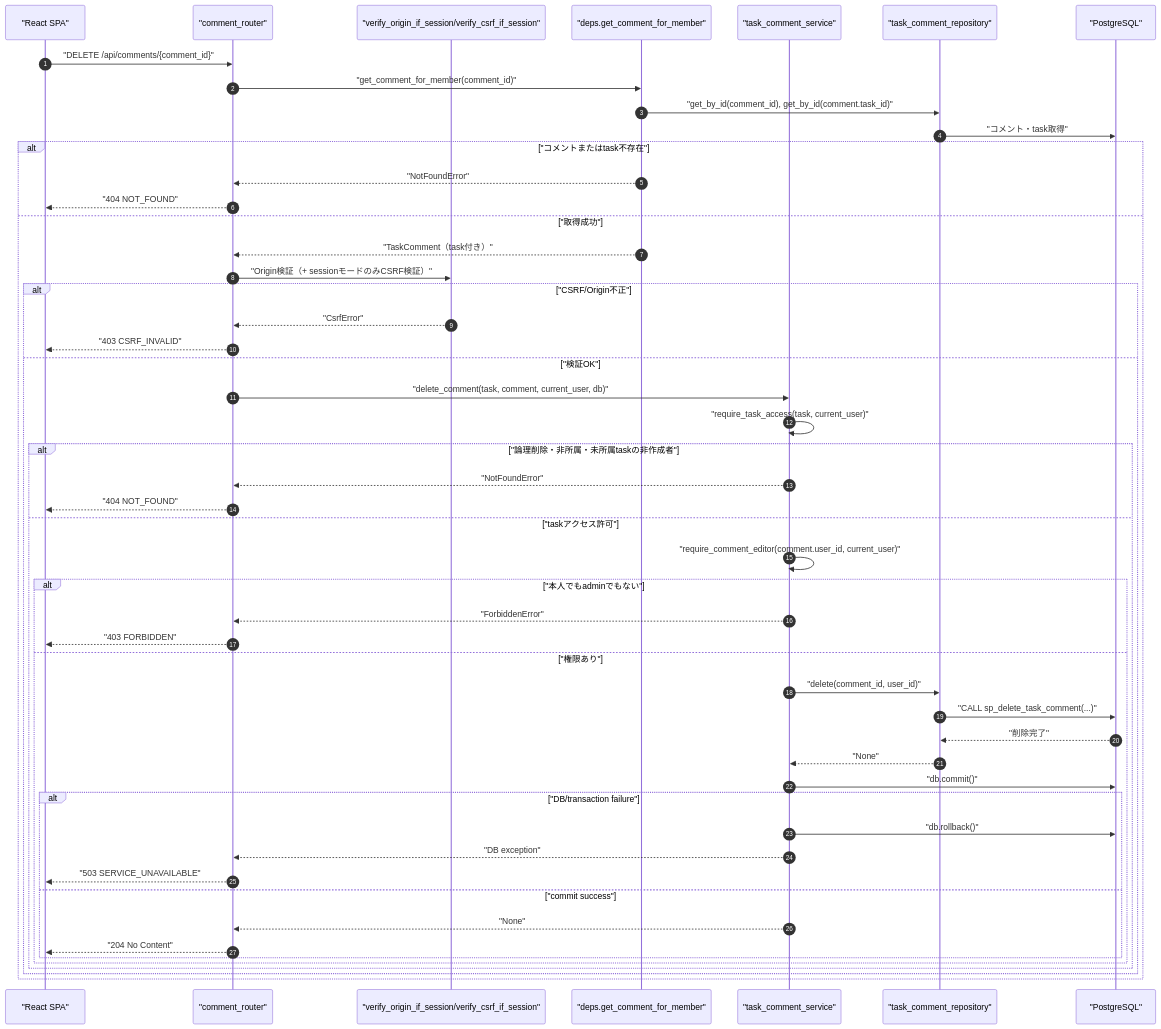
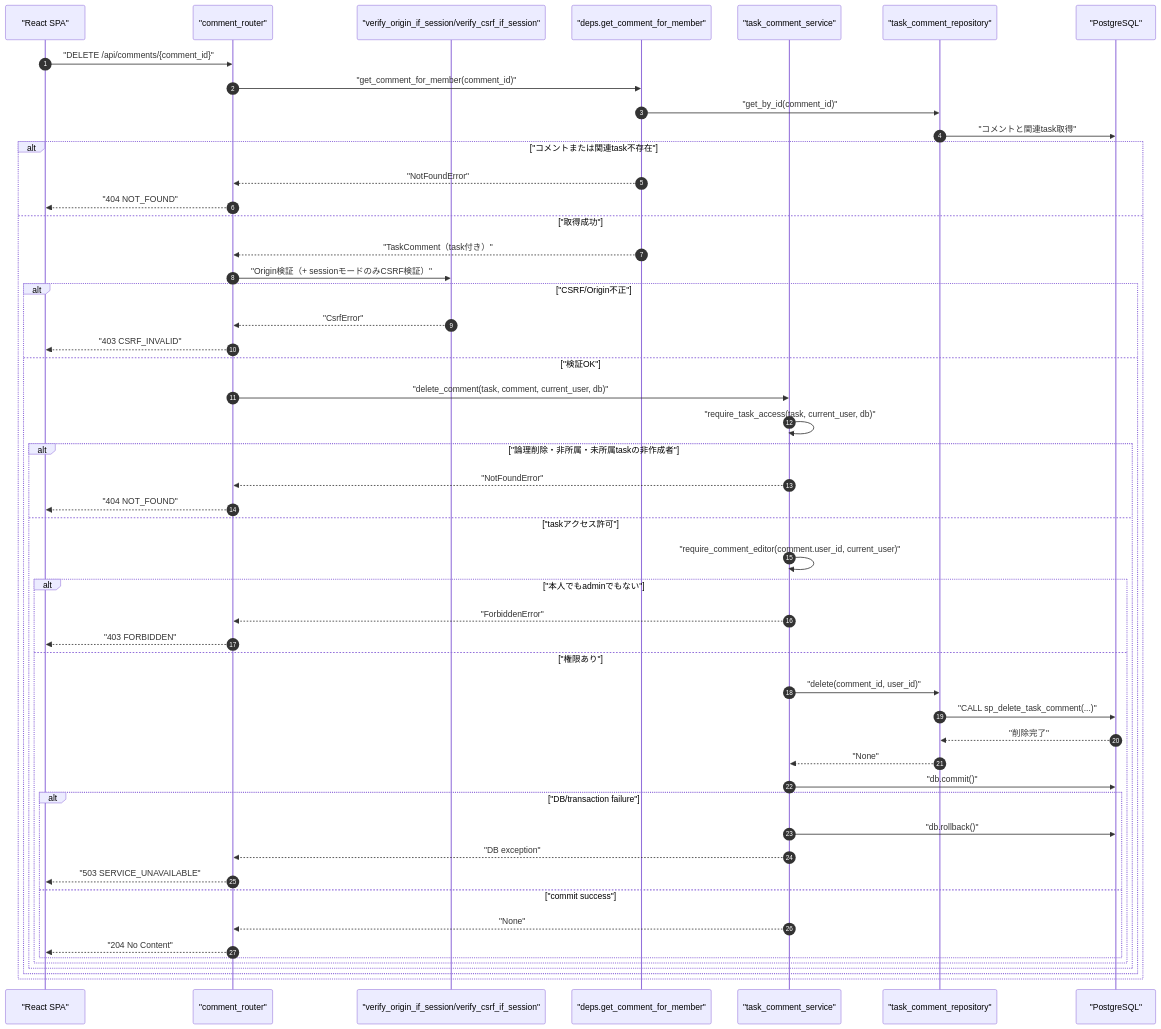
One commit to oikawa-d/task_management changed the first of 4 diagrams in docs/detailed_design/api/tasks/09_delete_comment.md. Above: the diagram before and after it, drawn with Mermaid. The commit also changed other lines of this file and 2 other files, not shown here.

````diff
--- a/docs/detailed_design/api/tasks/09_delete_comment.md
+++ b/docs/detailed_design/api/tasks/09_delete_comment.md
@@ -66,54 +66,54 @@
 ```mermaid
 sequenceDiagram
     autonumber
     participant FE as "React SPA"
     participant R as "comment_router"
     participant V as "verify_origin_if_session/verify_csrf_if_session"
     participant D as "deps.get_comment_for_member"
     participant S as "task_comment_service"
     participant TR as "task_comment_repository"
     participant PG as "PostgreSQL"
 
     FE->>R: "DELETE /api/comments/{comment_id}"
     R->>D: "get_comment_for_member(comment_id)"
-    D->>TR: "get_by_id(comment_id), get_by_id(comment.task_id)"
-    TR->>PG: "コメント・task取得"
-    alt "コメントまたはtask不存在"
+    D->>TR: "get_by_id(comment_id)"
+    TR->>PG: "コメントと関連task取得"
+    alt "コメントまたは関連task不存在"
         D-->>R: "NotFoundError"
         R-->>FE: "404 NOT_FOUND"
     else "取得成功"
         D-->>R: "TaskComment（task付き）"
         R->>V: "Origin検証（+ sessionモードのみCSRF検証）"
         alt "CSRF/Origin不正"
             V-->>R: "CsrfError"
             R-->>FE: "403 CSRF_INVALID"
         else "検証OK"
             R->>S: "delete_comment(task, comment, current_user, db)"
-            S->>S: "require_task_access(task, current_user)"
+            S->>S: "require_task_access(task, current_user, db)"
             alt "論理削除・非所属・未所属taskの非作成者"
                 S-->>R: "NotFoundError"
                 R-->>FE: "404 NOT_FOUND"
             else "taskアクセス許可"
                 S->>S: "require_comment_editor(comment.user_id, current_user)"
                 alt "本人でもadminでもない"
                     S-->>R: "ForbiddenError"
                     R-->>FE: "403 FORBIDDEN"
                 else "権限あり"
-                S->>TR: "delete(comment_id, user_id)"
-                TR->>PG: "CALL sp_delete_task_comment(...)"
-                PG-->>TR: "削除完了"
+                    S->>TR: "delete(comment_id, user_id)"
+                    TR->>PG: "CALL sp_delete_task_comment(...)"
+                    PG-->>TR: "削除完了"
                     TR-->>S: "None"
                     S->>PG: "db.commit()"
                     alt "DB/transaction failure"
                         S->>PG: "db.rollback()"
                         S-->>R: "DB exception"
                         R-->>FE: "503 SERVICE_UNAVAILABLE"
                     else "commit success"
                         S-->>R: "None"
                         R-->>FE: "204 No Content"
                     end
                 end
             end
         end
     end
 ```
````
